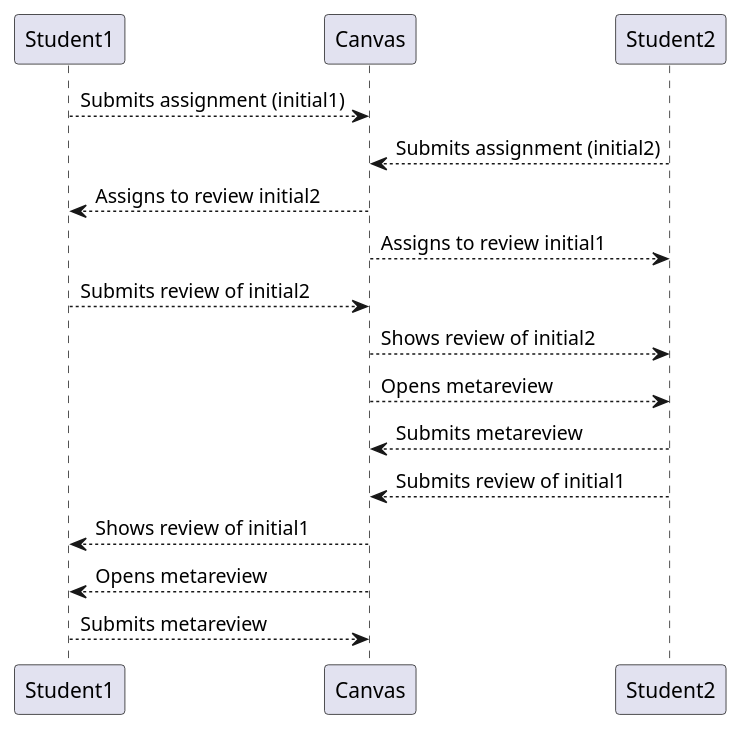
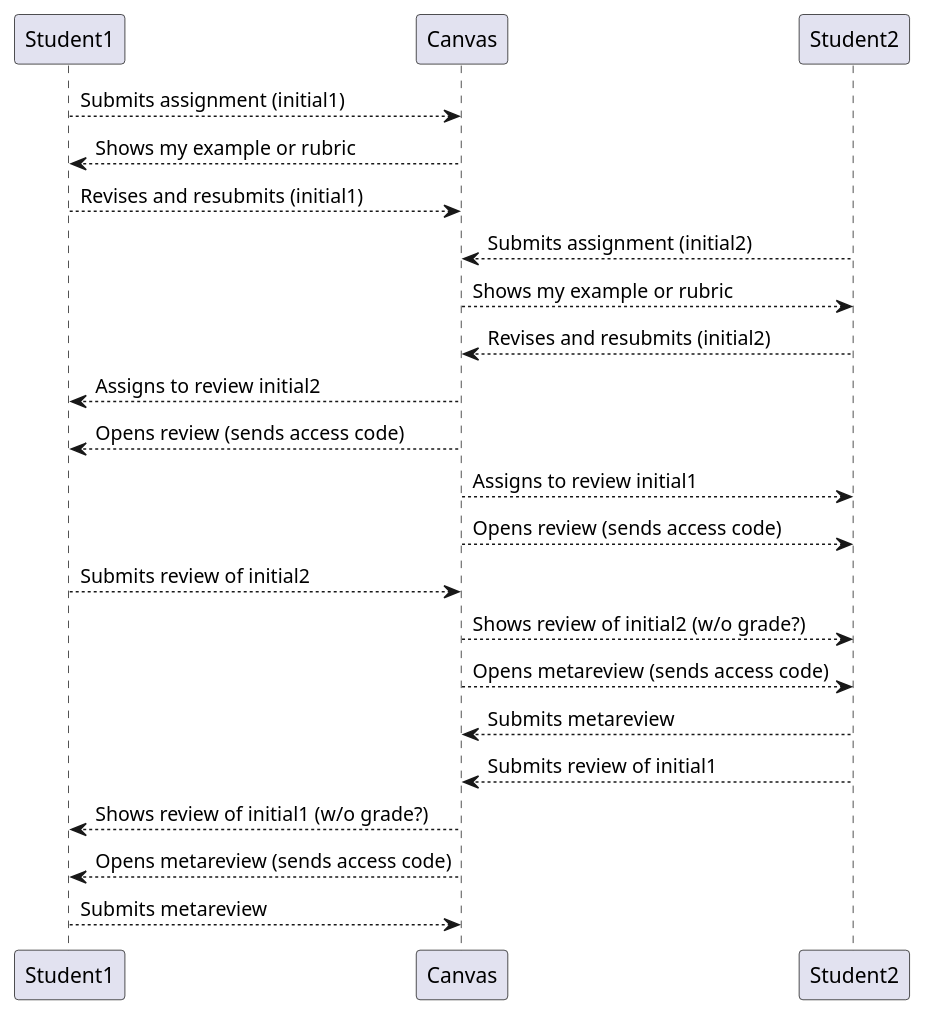
Before and after one commit to AdamSwenson/CanvasHacks: the diagram in docs/peer-review.puml, drawn with PlantUML. The commit also changed 20 other files, not shown here.

```diff
--- a/docs/peer-review.puml
+++ b/docs/peer-review.puml
@@ -1,17 +1,26 @@
 @startuml
 Student1 --> Canvas: Submits assignment (initial1)
+Canvas --> Student1: Shows my example or rubric
+Student1 --> Canvas: Revises and resubmits (initial1)
+
 Student2 --> Canvas: Submits assignment (initial2)
+Canvas --> Student2: Shows my example or rubric
+Student2 --> Canvas: Revises and resubmits (initial2)
+
 Canvas --> Student1: Assigns to review initial2
+Canvas --> Student1: Opens review (sends access code)
+
 Canvas --> Student2: Assigns to review initial1
+Canvas --> Student2: Opens review (sends access code)
 
 Student1 --> Canvas: Submits review of initial2
-Canvas --> Student2: Shows review of initial2
-Canvas --> Student2: Opens metareview
+Canvas --> Student2: Shows review of initial2 (w/o grade?)
+Canvas --> Student2: Opens metareview (sends access code)
 Student2 --> Canvas: Submits metareview
 
 Student2 --> Canvas: Submits review of initial1
-Canvas --> Student1: Shows review of initial1
-Canvas --> Student1: Opens metareview
+Canvas --> Student1: Shows review of initial1 (w/o grade?)
+Canvas --> Student1: Opens metareview (sends access code)
 Student1 --> Canvas: Submits metareview
 
 @enduml
```
